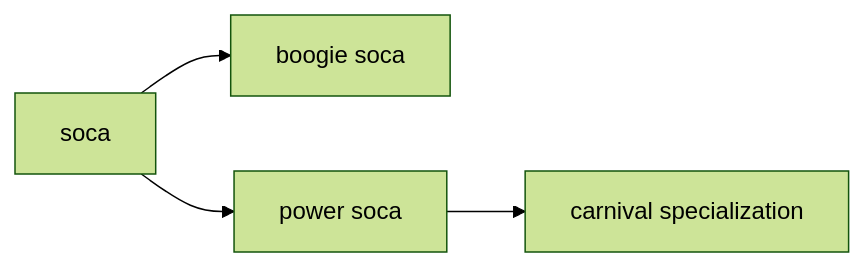
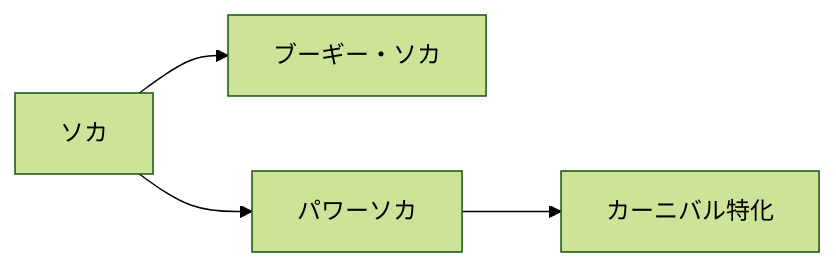
Before and after one commit to monumental-movement/monumental-movement.github.io: the third of 3 diagrams in en/_posts/2026-01-23-column-caribbean-calypso-soca.md, drawn with Mermaid (forest theme). The commit also changed other lines of this file and 2196 other files, not shown here.

```diff
--- a/en/_posts/2026-01-23-column-caribbean-calypso-soca.md
+++ b/en/_posts/2026-01-23-column-caribbean-calypso-soca.md
@@ -174,6 +174,6 @@
 <div class="mermaid">
 flowchart LR
-A[soca] --> B[boogie soca]
-A --> C[power soca]
-C --> D[carnival specialization]
+A[ソカ] --> B[ブーギー・ソカ]
+A --> C[パワーソカ]
+C --> D[カーニバル特化]
 </div>
```
